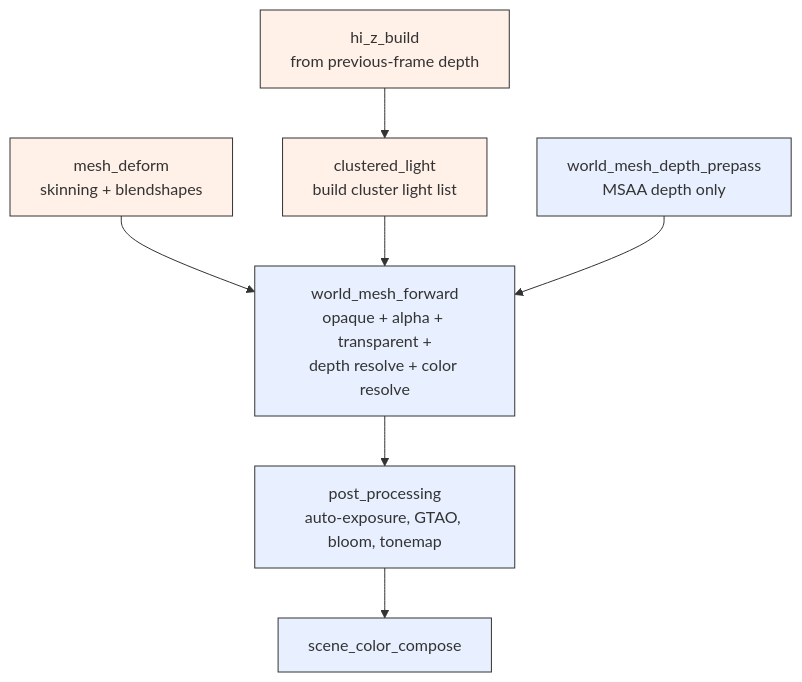
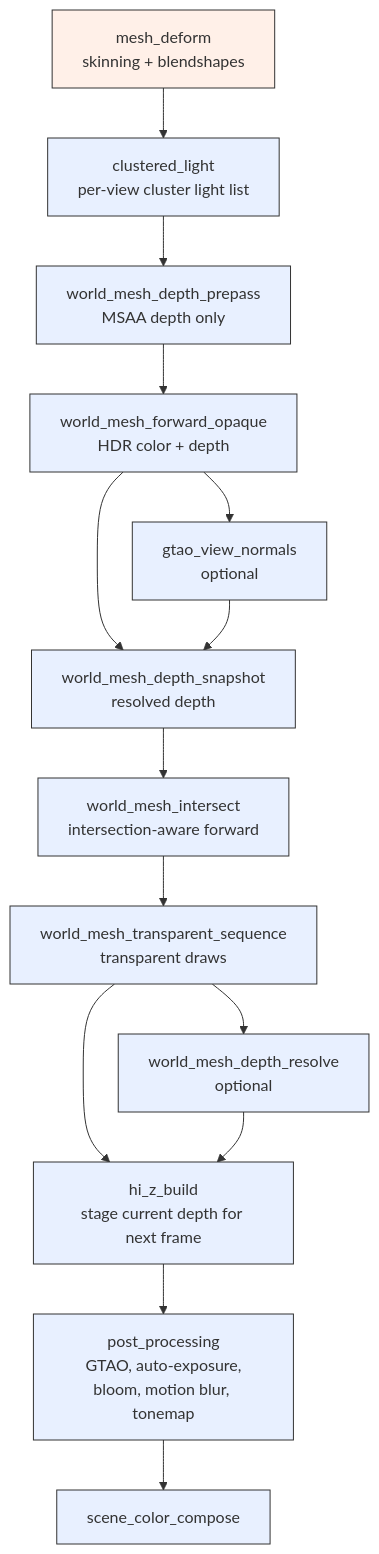
The ninth of 10 diagrams in CONTRIBUTING.md (DoubleStyx/Renderide), drawn with Mermaid before and after one commit. The commit also changed other lines of this file, not shown here.

Commit message:
Update contributor guide for current renderer layout

````diff
--- a/CONTRIBUTING.md
+++ b/CONTRIBUTING.md
@@ -557,22 +581,34 @@
 ```mermaid
 flowchart TB
     md[mesh_deform<br/>skinning + blendshapes]
-    hiz[hi_z_build<br/>from previous-frame depth]
-    cl[clustered_light<br/>build cluster light list]
+    cl[clustered_light<br/>per-view cluster light list]
     dp[world_mesh_depth_prepass<br/>MSAA depth only]
-    wmf[world_mesh_forward<br/>opaque + alpha + transparent +<br/>depth resolve + color resolve]
-    pp[post_processing<br/>auto-exposure, GTAO, bloom, tonemap]
+    opaque[world_mesh_forward_opaque<br/>HDR color + depth]
+    normals[gtao_view_normals<br/>optional]
+    snapshot[world_mesh_depth_snapshot<br/>resolved depth]
+    intersect[world_mesh_intersect<br/>intersection-aware forward]
+    transparent[world_mesh_transparent_sequence<br/>transparent draws]
+    resolve[world_mesh_depth_resolve<br/>optional]
+    hiz[hi_z_build<br/>stage current depth for next frame]
+    pp[post_processing<br/>GTAO, auto-exposure,<br/>bloom, motion blur, tonemap]
     sc[scene_color_compose]
 
-    hiz --> cl
-    md --> wmf
-    cl --> wmf
-    dp --> wmf
-    wmf --> pp
+    md --> cl
+    cl --> dp
+    dp --> opaque
+    opaque --> normals
+    opaque --> snapshot
+    normals --> snapshot
+    snapshot --> intersect
+    intersect --> transparent
+    transparent --> resolve
+    transparent --> hiz
+    resolve --> hiz
+    hiz --> pp
     pp --> sc
 
     classDef global fill:#fff0e8,stroke:#333
     classDef perview fill:#e8f0ff,stroke:#333
-    class hiz,cl,md global
-    class dp,wmf,pp,sc perview
+    class md global
+    class cl,dp,opaque,normals,snapshot,intersect,transparent,resolve,hiz,pp,sc perview
 ```
````
